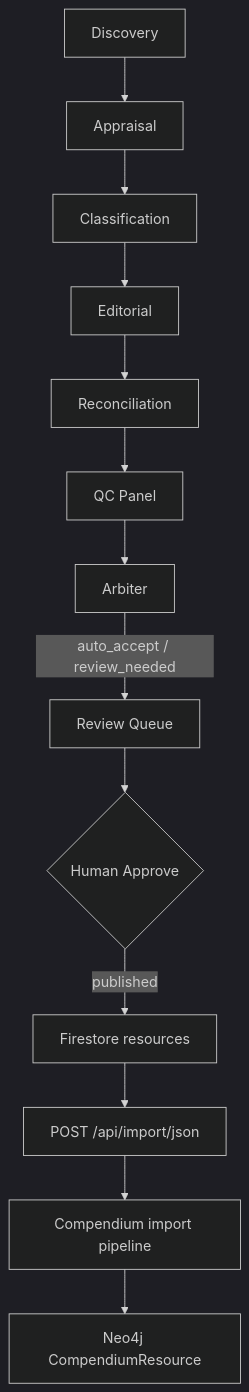
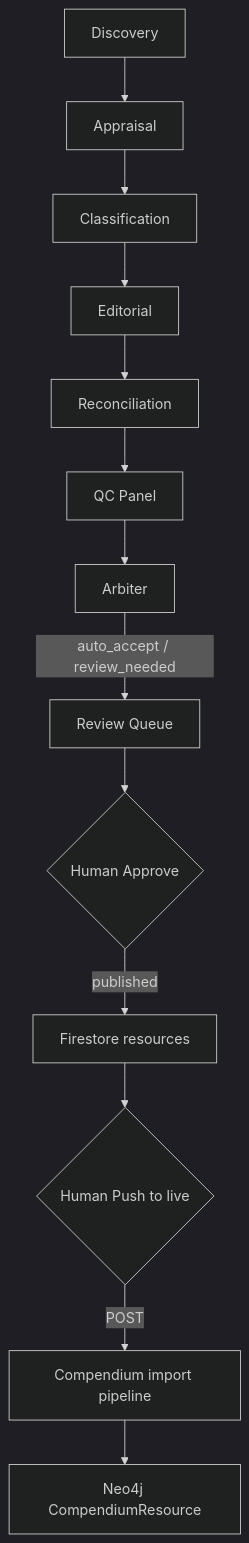
The diagram in docs/COMPENDIUM_INTEGRATION.md (DaveTownDev/cothesis-curation-agent), drawn with Mermaid (dark theme) before and after one commit. The commit also changed other lines of this file and 11 other files, not shown here.

First line of the commit message:
feat(console): require manual Push to live for Compendium sync

````diff
--- a/docs/COMPENDIUM_INTEGRATION.md
+++ b/docs/COMPENDIUM_INTEGRATION.md
@@ -30,15 +30,15 @@
 ```mermaid
 flowchart TD
     A[Discovery] --> B[Appraisal]
     B --> C[Classification]
     C --> D[Editorial]
     D --> E[Reconciliation]
     E --> F[QC Panel]
     F --> G[Arbiter]
     G -->|auto_accept / review_needed| H[Review Queue]
     H --> I{Human Approve}
     I -->|published| J[Firestore resources]
-    J --> K[POST /api/import/json]
-    K --> L[Compendium import pipeline]
+    J --> K{Human Push to live}
+    K -->|POST| L[Compendium import pipeline]
     L --> M[Neo4j CompendiumResource]
 ```
````
